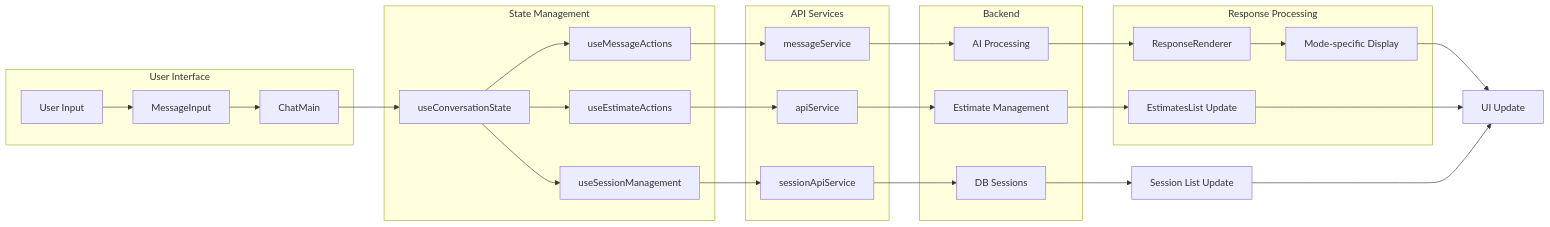
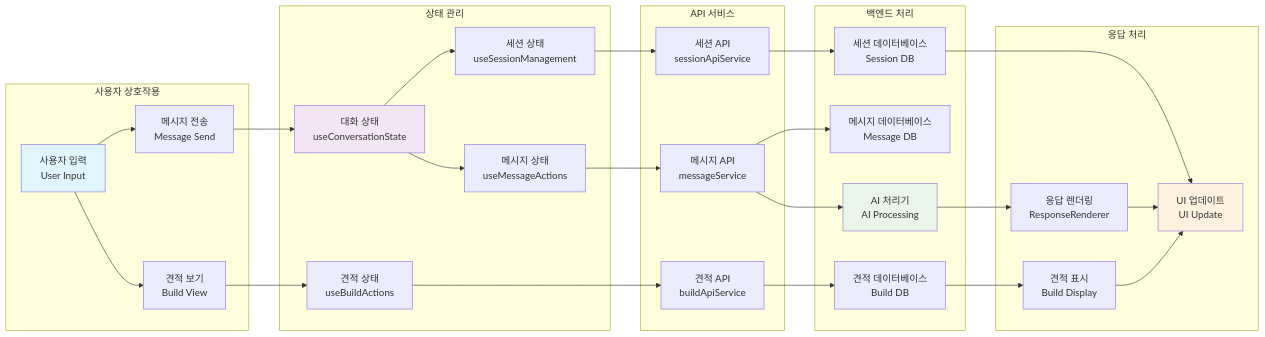
One commit to p0pular131/askspec-chat-assistant changed the fourth of 19 diagrams in docs/design-specification.md. Above: the diagram before and after it, drawn with Mermaid. The commit also changed other lines of this file, not shown here.

First line of the commit message:
Fix: Improve design spec diagrams and add estimate features

````diff
--- a/docs/design-specification.md
+++ b/docs/design-specification.md
@@ -114,37 +205,65 @@
 ```mermaid
 graph LR
-    subgraph "User Interface"
-        A[User Input] --> B[MessageInput]
-        B --> C[ChatMain]
+    subgraph "사용자 상호작용"
+        UserInput[사용자 입력<br/>User Input]
+        MessageSend[메시지 전송<br/>Message Send]
+        BuildView[견적 보기<br/>Build View]
     end
     
-    subgraph "State Management"
-        C --> D[useConversationState]
-        D --> E[useSessionManagement]
-        D --> F[useMessageActions]
-        D --> G[useEstimateActions]
+    subgraph "상태 관리"
+        ConversationState[대화 상태<br/>useConversationState]
+        SessionState[세션 상태<br/>useSessionManagement]
+        MessageState[메시지 상태<br/>useMessageActions]
+        BuildState[견적 상태<br/>useBuildActions]
     end
     
-    subgraph "API Services"
-        E --> H[sessionApiService]
-        F --> I[messageService]
-        G --> J[apiService]
+    subgraph "API 서비스"
+        SessionAPI[세션 API<br/>sessionApiService]
+        MessageAPI[메시지 API<br/>messageService]
+        BuildAPI[견적 API<br/>buildApiService]
     end
     
-    subgraph "Backend"
-        H --> K[DB Sessions]
-        I --> L[AI Processing]
-        J --> M[Estimate Management]
+    subgraph "백엔드 처리"
+        SessionDB[세션 데이터베이스<br/>Session DB]
+        MessageDB[메시지 데이터베이스<br/>Message DB]
+        BuildDB[견적 데이터베이스<br/>Build DB]
+        AIProcessor[AI 처리기<br/>AI Processing]
     end
     
-    subgraph "Response Processing"
-        L --> N[ResponseRenderer]
-        N --> O[Mode-specific Display]
-        M --> P[EstimatesList Update]
+    subgraph "응답 처리"
+        ResponseRender[응답 렌더링<br/>ResponseRenderer]
+        BuildDisplay[견적 표시<br/>Build Display]
+        UIUpdate[UI 업데이트<br/>UI Update]
     end
     
-    O --> Q[UI Update]
-    P --> Q
-    K --> R[Session List Update]
-    R --> Q
+    UserInput --> MessageSend
+    UserInput --> BuildView
+    
+    MessageSend --> ConversationState
+    BuildView --> BuildState
+    
+    ConversationState --> SessionState
+    ConversationState --> MessageState
+    
+    SessionState --> SessionAPI
+    MessageState --> MessageAPI
+    BuildState --> BuildAPI
+    
+    SessionAPI --> SessionDB
+    MessageAPI --> MessageDB
+    MessageAPI --> AIProcessor
+    BuildAPI --> BuildDB
+    
+    AIProcessor --> ResponseRender
+    BuildDB --> BuildDisplay
+    
+    ResponseRender --> UIUpdate
+    BuildDisplay --> UIUpdate
+    
+    SessionDB --> UIUpdate
+    
+    style UserInput fill:#e1f5fe
+    style ConversationState fill:#f3e5f5
+    style AIProcessor fill:#e8f5e8
+    style UIUpdate fill:#fff3e0
 ```
````
